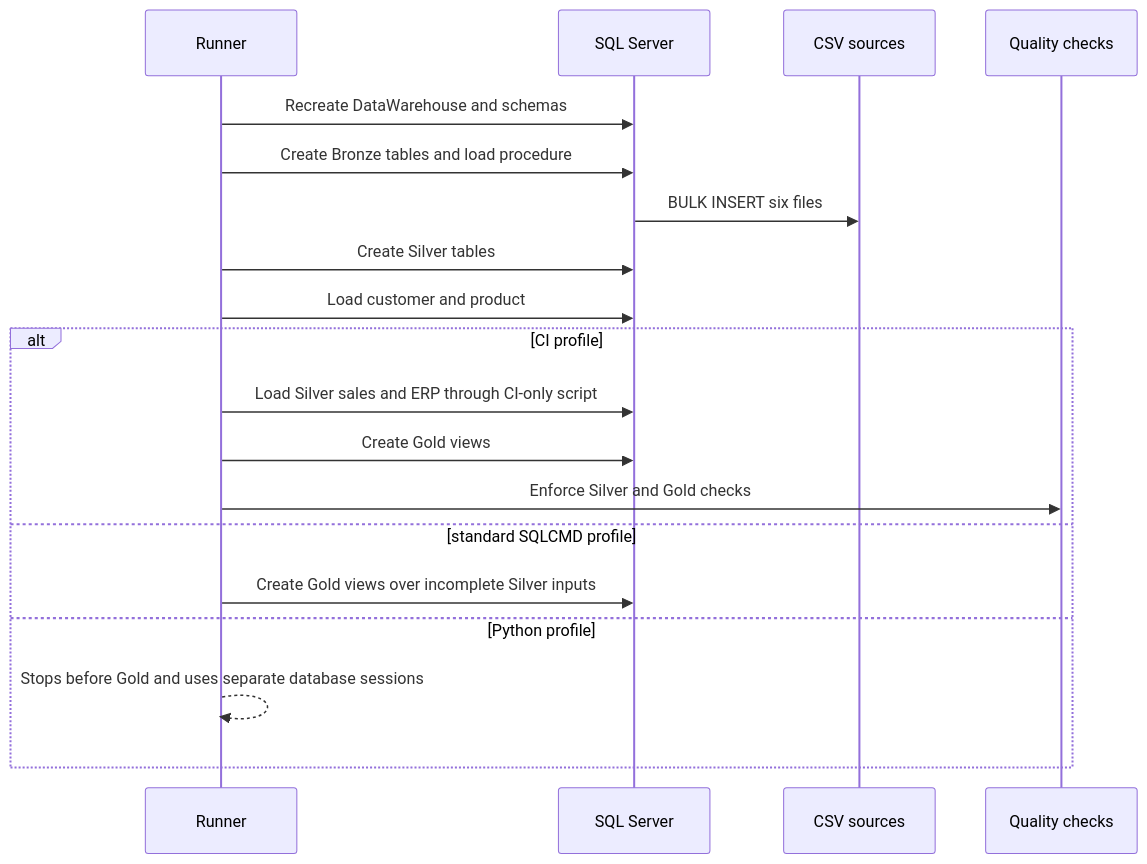
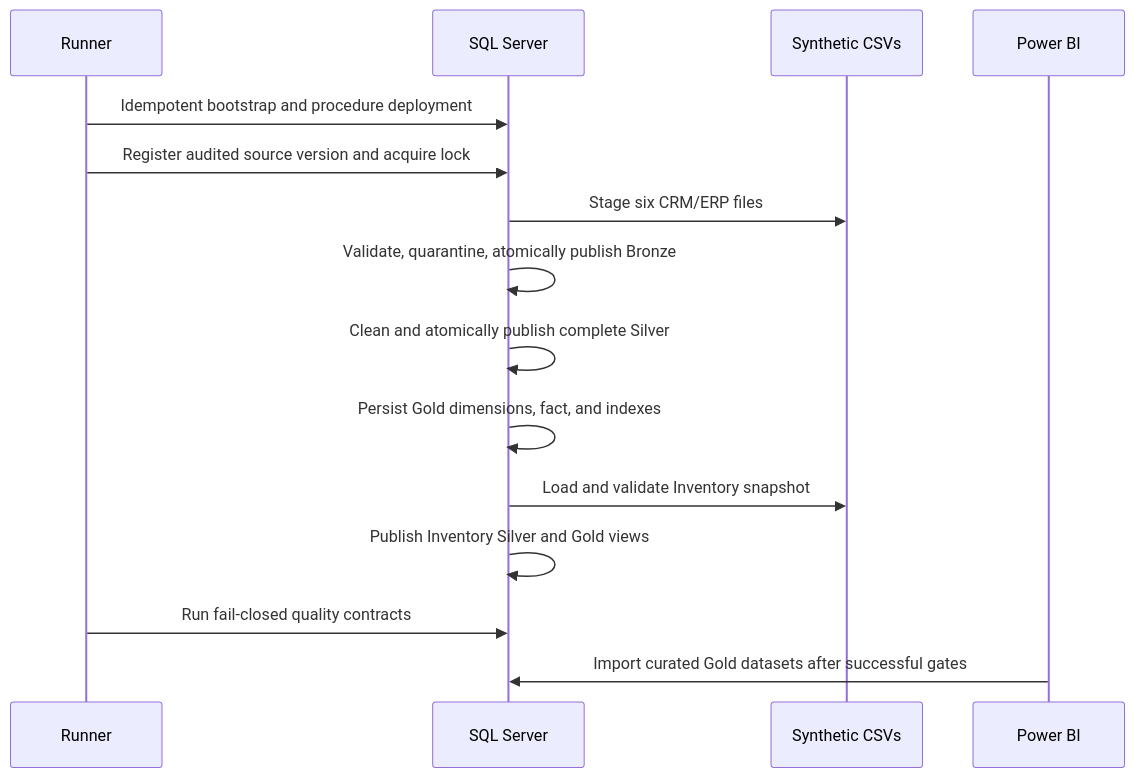
Before and after one commit to KonstantinData/SQL-Data-Warehouse: the second of 2 diagrams in docs/architecture/data_lineage.md, drawn with Mermaid. The commit also changed other lines of this file and 61 other files, not shown here.

````diff
--- a/docs/architecture/data_lineage.md
+++ b/docs/architecture/data_lineage.md
@@ -81,21 +25,17 @@
 ```mermaid
 sequenceDiagram
     participant Runner
     participant DB as SQL Server
-    participant Files as CSV sources
-    participant Checks as Quality checks
-    Runner->>DB: Recreate DataWarehouse and schemas
-    Runner->>DB: Create Bronze tables and load procedure
-    DB->>Files: BULK INSERT six files
-    Runner->>DB: Create Silver tables
-    Runner->>DB: Load customer and product
-    alt CI profile
-        Runner->>DB: Load Silver sales and ERP through CI-only script
-        Runner->>DB: Create Gold views
-        Runner->>Checks: Enforce Silver and Gold checks
-    else standard SQLCMD profile
-        Runner->>DB: Create Gold views over incomplete Silver inputs
-    else Python profile
-        Runner-->>Runner: Stops before Gold and uses separate database sessions
-    end
+    participant Files as Synthetic CSVs
+    participant BI as Power BI
+    Runner->>DB: Idempotent bootstrap and procedure deployment
+    Runner->>DB: Register audited source version and acquire lock
+    DB->>Files: Stage six CRM/ERP files
+    DB->>DB: Validate, quarantine, atomically publish Bronze
+    DB->>DB: Clean and atomically publish complete Silver
+    DB->>DB: Persist Gold dimensions, fact, and indexes
+    DB->>Files: Load and validate Inventory snapshot
+    DB->>DB: Publish Inventory Silver and Gold views
+    Runner->>DB: Run fail-closed quality contracts
+    BI->>DB: Import curated Gold datasets after successful gates
 ```
````
